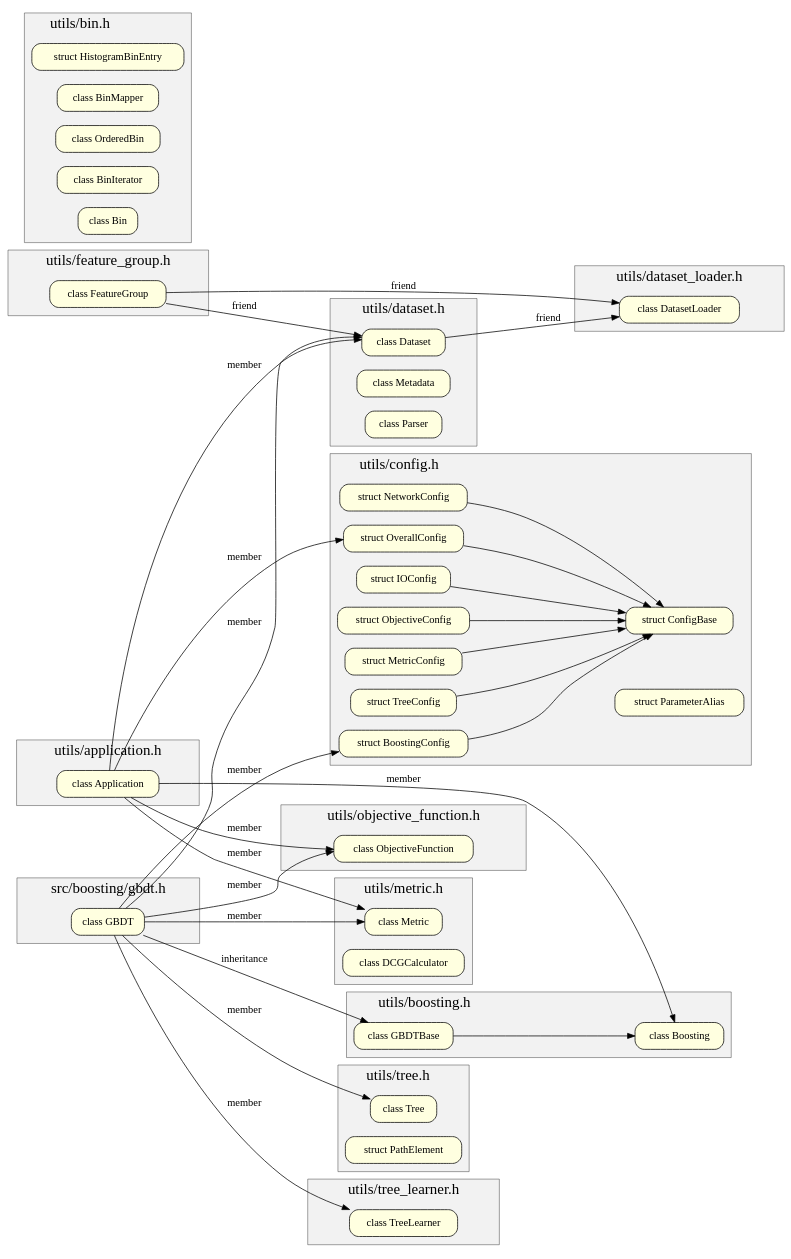
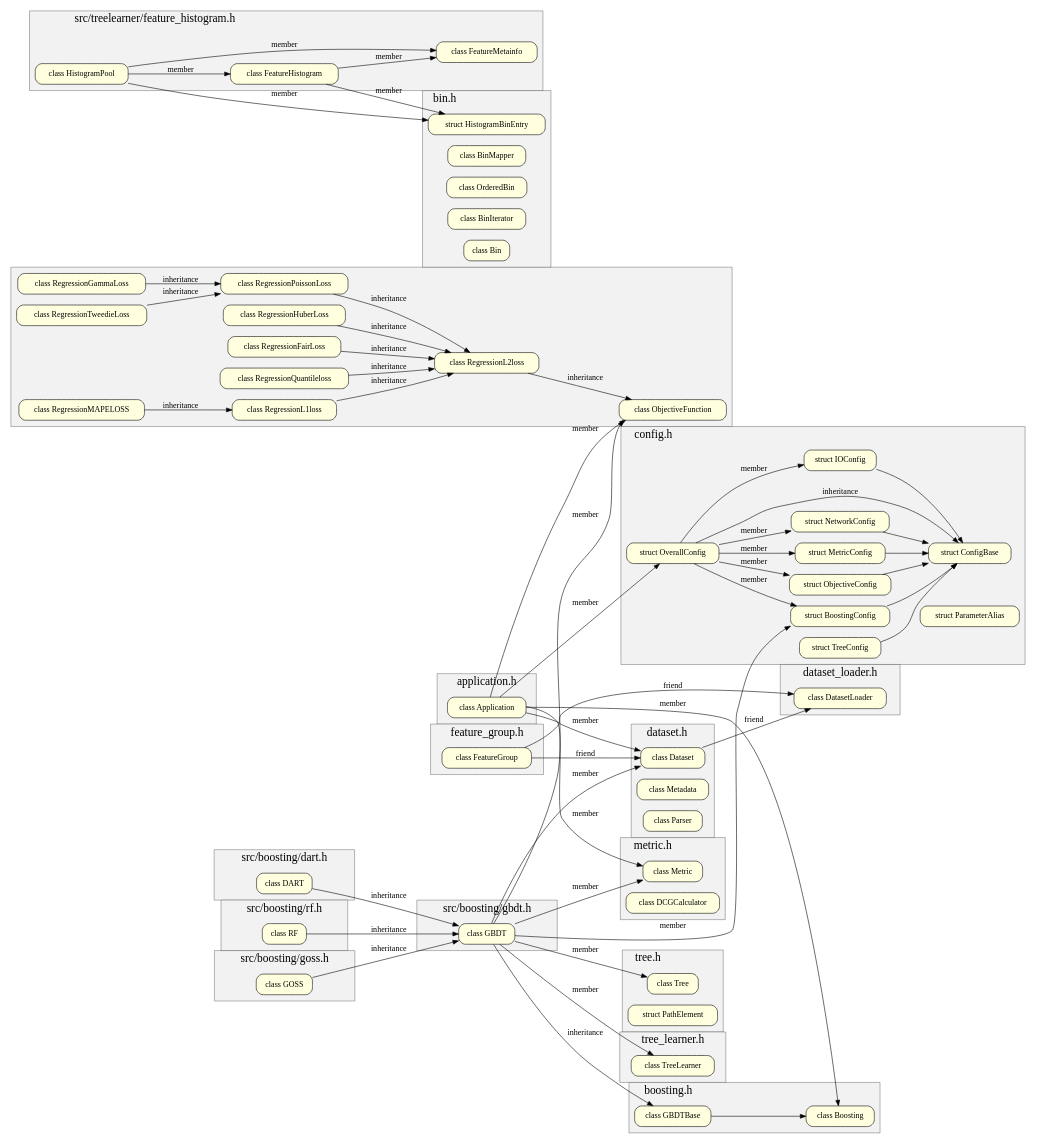
Before and after one commit to Holdlen2DH/holdlen2dh.github.io: the diagram in blog/tree_based_classifiers/lightgbm.dot, drawn with Graphviz. The commit also changed 3 other files, not shown here.

```diff
--- a/blog/tree_based_classifiers/lightgbm.dot
+++ b/blog/tree_based_classifiers/lightgbm.dot
@@ -2,7 +2,7 @@
     compound=true
 	fontname="Inconsolata, Consolas"
 	fontsize=20
-	margin="10,10"
+	margin="0,0"
 	ranksep=0.5
 	penwidth=0.5
 	forcelabels=true
@@ -11,17 +11,53 @@
     subgraph cluster_objective_function {
         margin="10,10"
 		labeljust="left"
-		label = "utils/objective_function.h"
+		//label = "objective_function.h"
 		style=filled
 		fillcolor=gray95
 
-        cObjectiveFunction[shape = Mrecord, label = "class ObjectiveFunction", style = filled, fillcolor=lightyellow]       
+        cObjectiveFunction[shape = Mrecord, label = "class ObjectiveFunction", style = filled, fillcolor=lightyellow]  
+
+        // src/objective/regression_objective.hpp
+        cRegressionL2loss[shape = Mrecord, label = "class RegressionL2loss", style = filled, fillcolor=lightyellow] 
+
+        cRegressionL1loss[shape = Mrecord, label = "class RegressionL1loss", style = filled, fillcolor=lightyellow]
+
+        cRegressionHuberLoss[shape = Mrecord, label = "class RegressionHuberLoss", style = filled, fillcolor=lightyellow] 
+
+        cRegressionFairLoss[shape = Mrecord, label = "class RegressionFairLoss", style = filled, fillcolor=lightyellow] 
+
+        cRegressionPoissonLoss[shape = Mrecord, label = "class RegressionPoissonLoss", style = filled, fillcolor=lightyellow] 
+
+        cRegressionQuantileloss[shape = Mrecord, label = "class RegressionQuantileloss", style = filled, fillcolor=lightyellow] 
+
+        cRegressionMAPELOSS[shape = Mrecord, label = "class RegressionMAPELOSS", style = filled, fillcolor=lightyellow] 
+
+        cRegressionGammaLoss[shape = Mrecord, label = "class RegressionGammaLoss", style = filled, fillcolor=lightyellow]
+
+        cRegressionTweedieLoss[shape = Mrecord, label = "class RegressionTweedieLoss", style = filled, fillcolor=lightyellow]
+
+
+        cRegressionL2loss->cObjectiveFunction[label = "inheritance"]
+
+        {cRegressionL1loss; cRegressionHuberLoss; cRegressionFairLoss; cRegressionPoissonLoss; cRegressionQuantileloss}->cRegressionL2loss[label = "inheritance"]
+
+        cRegressionMAPELOSS->cRegressionL1loss[label = "inheritance"]
+
+        cRegressionGammaLoss->cRegressionPoissonLoss[label = "inheritance"]
+
+        cRegressionTweedieLoss->cRegressionPoissonLoss[label = "inheritance"]
+
+
+
+
+        
+
     }//cluster_objective_function
 
     subgraph cluster_application {
         margin="10,10"
 		labeljust="left"
-		label = "utils/application.h"
+		label = "application.h"
 		style=filled
 		fillcolor=gray95
 
@@ -38,7 +74,7 @@
         rankdir = TB
         margin="10,10"
 		labeljust="left"
-		label = "utils/bin.h"
+		label = "bin.h"
 		style=filled
 		fillcolor=gray95
 
@@ -57,7 +93,7 @@
     subgraph cluster_boosting {
         margin="10,10"
 		labeljust="left"
-		label = "utils/boosting.h"
+		label = "boosting.h"
 		style=filled
 		fillcolor=gray95
 
@@ -72,7 +108,7 @@
     subgraph cluster_config {
         margin="10,10"
 		labeljust="left"
-		label = "utils/config.h"
+		label = "config.h"
 		style=filled
 		fillcolor=gray95
 
@@ -104,7 +140,12 @@
 
         sOverallConfig[shape = Mrecord, label = "struct OverallConfig", style = filled, fillcolor=lightyellow]
 
-        sOverallConfig->sConfigBase
+        sOverallConfig->sConfigBase[label = "inheritance"]
+        sOverallConfig->sNetworkConfig[label = "member"]
+        sOverallConfig->sIOConfig[label = "member"]
+        sOverallConfig->sBoostingConfig[label = "member"]
+        sOverallConfig->sObjectiveConfig[label = "member"]
+        sOverallConfig->sMetricConfig[label = "member"]
 
         sParameterAlias[shape = Mrecord, label = "struct ParameterAlias", style = filled, fillcolor=lightyellow]
 
@@ -116,7 +157,7 @@
     subgraph cluster_dataset_loader {
         margin="10,10"
 		labeljust="left"
-		label = "utils/dataset_loader.h"
+		label = "dataset_loader.h"
 		style=filled
 		fillcolor=gray95
 
@@ -127,7 +168,7 @@
     subgraph cluster_dataset {
         margin="10,10"
 		labeljust="left"
-		label = "utils/dataset.h"
+		label = "dataset.h"
 		style=filled
 		fillcolor=gray95
 
@@ -146,7 +187,7 @@
     subgraph cluster_feature_group {
         margin="10,10"
 		labeljust="left"
-		label = "utils/feature_group.h"
+		label = "feature_group.h"
 		style=filled
 		fillcolor=gray95
 
@@ -158,7 +199,7 @@
     subgraph cluster_metric {
         margin="10,10"
 		labeljust="left"
-		label = "utils/metric.h"
+		label = "metric.h"
 		style=filled
 		fillcolor=gray95
 
@@ -172,7 +213,7 @@
     subgraph cluster_tree {
         margin="10,10"
 		labeljust="left"
-		label = "utils/tree.h"
+		label = "tree.h"
 		style=filled
 		fillcolor=gray95
 
@@ -184,7 +225,7 @@
     subgraph cluster_tree_learner {
         margin="10,10"
 		labeljust="left"
-		label = "utils/tree_learner.h"
+		label = "tree_learner.h"
 		style=filled
 		fillcolor=gray95
 
@@ -193,6 +234,8 @@
         sPathElement[shape = Mrecord, label = "struct PathElement", style = filled, fillcolor=lightyellow]      
     }//cluster_tree_learner
 
+    ///////////////////////////////////////////////////
+    // src
     subgraph cluster_gdbt {
         margin="10,10"
 		labeljust="left"
@@ -201,7 +244,7 @@
 		fillcolor=gray95
 
         cGBDT[shape = Mrecord, label = "class GBDT", style = filled, fillcolor=lightyellow]  
-    }//cluster_tree_learner
+    }//cluster_gdbt
 
     cGBDT->cGBDTBase[label = "inheritance"]
     cGBDT->cDataset[label = "member"]
@@ -211,6 +254,73 @@
     cGBDT->cMetric[label = "member"]
     cGBDT->cTree[label = "member"]
 
+    subgraph cluster_goss {
+        margin="10,10"
+		labeljust="left"
+		label = "src/boosting/goss.h"
+		style=filled
+		fillcolor=gray95
+
+        cGOSS[shape = Mrecord, label = "class GOSS", style = filled, fillcolor=lightyellow]  
+    }//cluster_goss
+    cGOSS->cGBDT[label = "inheritance"]
+
+
+    subgraph cluster_dart {
+        margin="10,10"
+		labeljust="left"
+		label = "src/boosting/dart.h"
+		style=filled
+		fillcolor=gray95
+
+        cDART[shape = Mrecord, label = "class DART", style = filled, fillcolor=lightyellow]  
+    }//cluster_dart
+
+    cDART->cGBDT[label = "inheritance"]
+
+    subgraph cluster_rf {
+        margin="10,10"
+		labeljust="left"
+		label = "src/boosting/rf.h"
+		style=filled
+		fillcolor=gray95
+
+        cRF[shape = Mrecord, label = "class RF", style = filled, fillcolor=lightyellow]  
+    }//cluster_dart
+    
+    cRF->cGBDT[label = "inheritance"]
+
+
+
+
+    
+
+    subgraph cluster_feature_hist {
+        margin="10,10"
+		labeljust="left"
+		label = "src/treelearner/feature_histogram.h"
+		style=filled
+		fillcolor=gray95
+
+        cFeatureMetainfo[shape = Mrecord, label = "class FeatureMetainfo", style = filled, fillcolor=lightyellow] 
+
+        cFeatureHistogram[shape = Mrecord, label = "class FeatureHistogram", style = filled, fillcolor=lightyellow] 
+
+        cFeatureHistogram->cFeatureMetainfo[label = "member"]
+
+        cHistogramPool[shape = Mrecord, label = "class HistogramPool", style = filled, fillcolor=lightyellow]
+
+        cHistogramPool->cFeatureHistogram[label = "member"]
+        cHistogramPool->cFeatureMetainfo[label = "member"]
+
+
+    }//cluster_feature_hist
+    cFeatureHistogram->sHistogramBinEntry[label = "member"]
+    cHistogramPool->sHistogramBinEntry[label = "member"]
+    
+
+    
+
 
 
 
```
